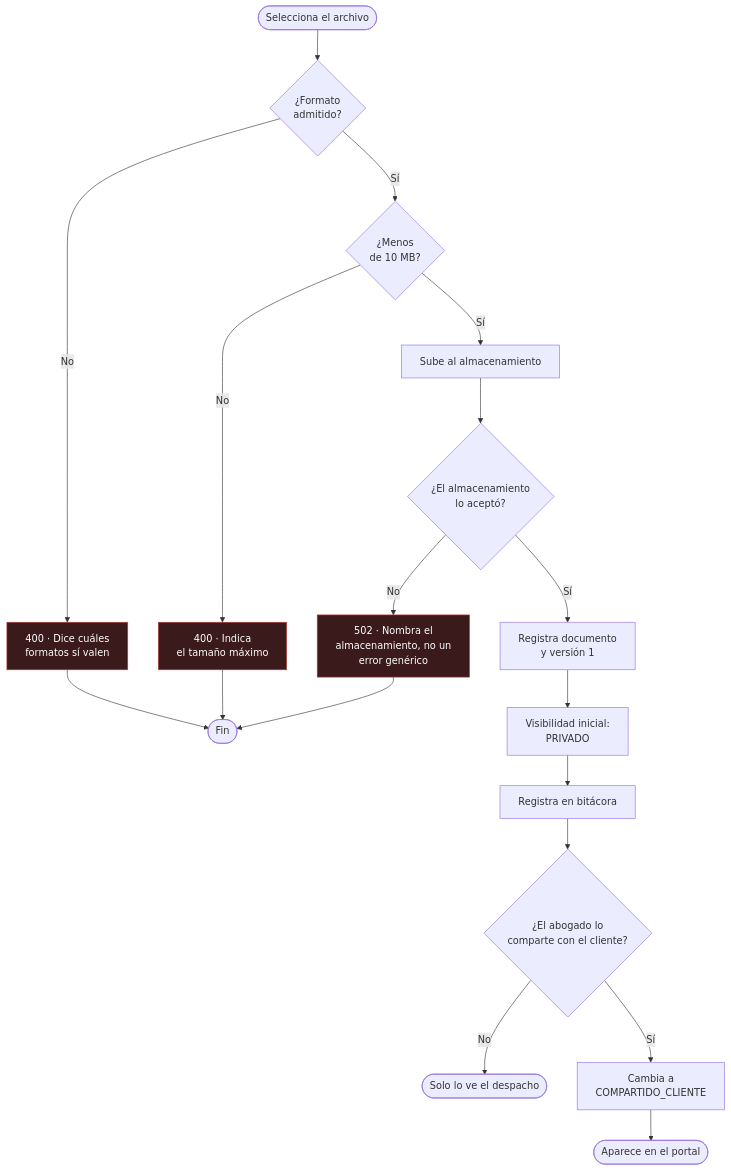
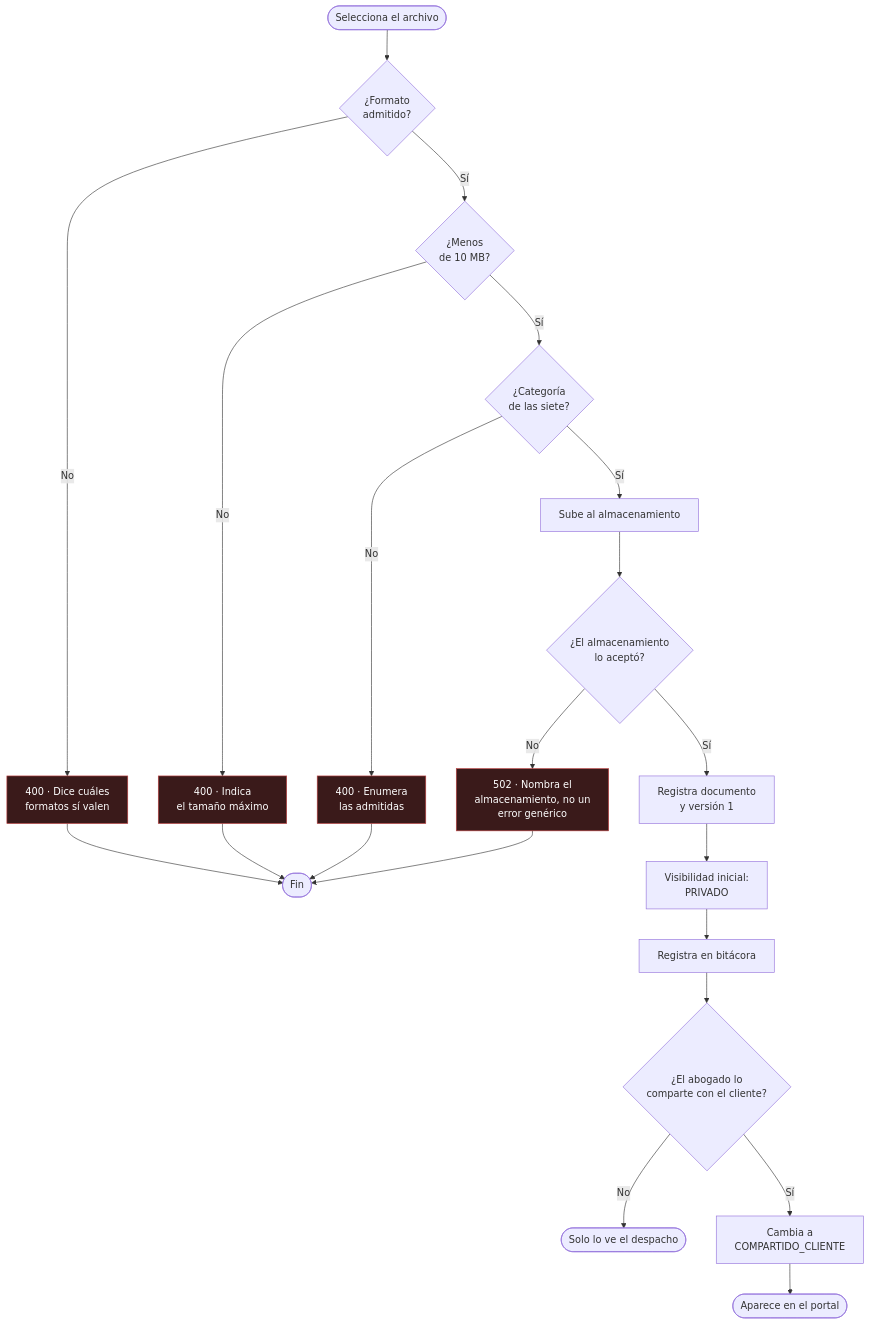
One commit to Aryannext/sistema-juridico changed the fourth of 6 diagrams in documentacion-a-presentar/diagramas/09-actividades.md. Above: the diagram before and after it, drawn with Mermaid. The commit also changed other lines of this file and 62 other files, not shown here.

````diff
--- a/documentacion-a-presentar/diagramas/09-actividades.md
+++ b/documentacion-a-presentar/diagramas/09-actividades.md
@@ -140,22 +140,25 @@
 ```mermaid
 flowchart TD
     A([Selecciona el archivo]) --> B{"¿Formato<br/>admitido?"}
     B -->|No| B1["400 · Dice cuáles<br/>formatos sí valen"] --> End1([Fin])
     B -->|Sí| C{"¿Menos<br/>de 10 MB?"}
     C -->|No| C1["400 · Indica<br/>el tamaño máximo"] --> End1
 
-    C -->|Sí| D["Sube al almacenamiento"]
+    C -->|Sí| CA{"¿Categoría<br/>de las siete?"}
+    CA -->|No| CA1["400 · Enumera<br/>las admitidas"] --> End1
+
+    CA -->|Sí| D["Sube al almacenamiento"]
     D --> E{"¿El almacenamiento<br/>lo aceptó?"}
     E -->|No| E1["502 · Nombra el<br/>almacenamiento, no un<br/>error genérico"] --> End1
 
     E -->|Sí| F["Registra documento<br/>y versión 1"]
     F --> G["Visibilidad inicial:<br/>PRIVADO"]
     G --> H["Registra en bitácora"]
     H --> I{"¿El abogado lo<br/>comparte con el cliente?"}
     I -->|No| J([Solo lo ve el despacho])
     I -->|Sí| K["Cambia a<br/>COMPARTIDO_CLIENTE"]
     K --> L([Aparece en el portal])
 
     classDef rechazo fill:#3a1a1a,stroke:#c04040,color:#fff
-    class B1,C1,E1 rechazo
+    class B1,C1,CA1,E1 rechazo
 ```
````
